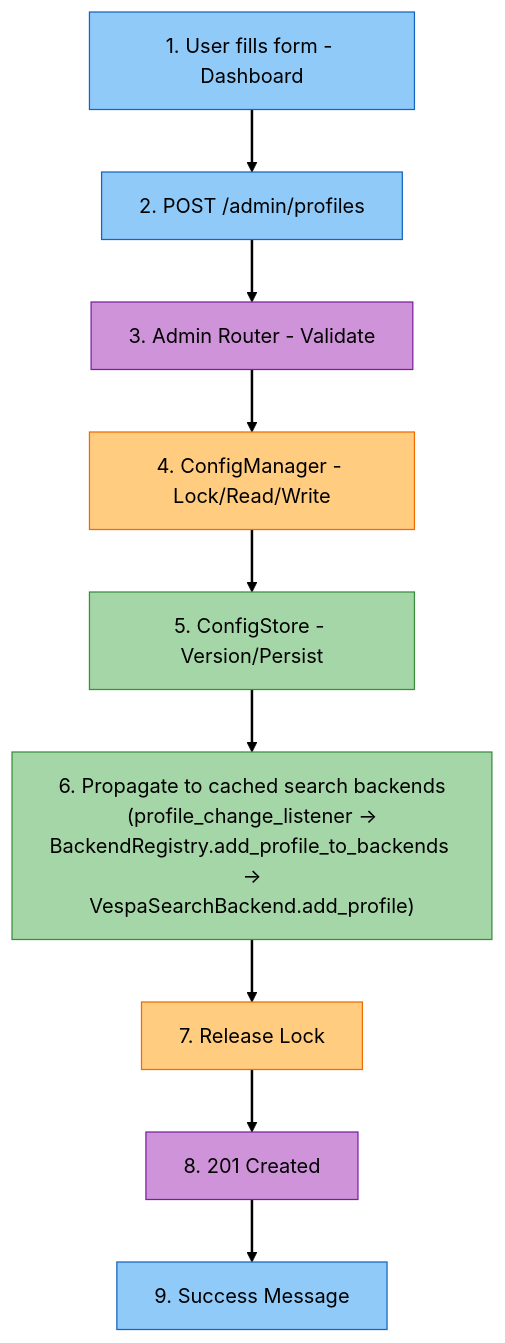
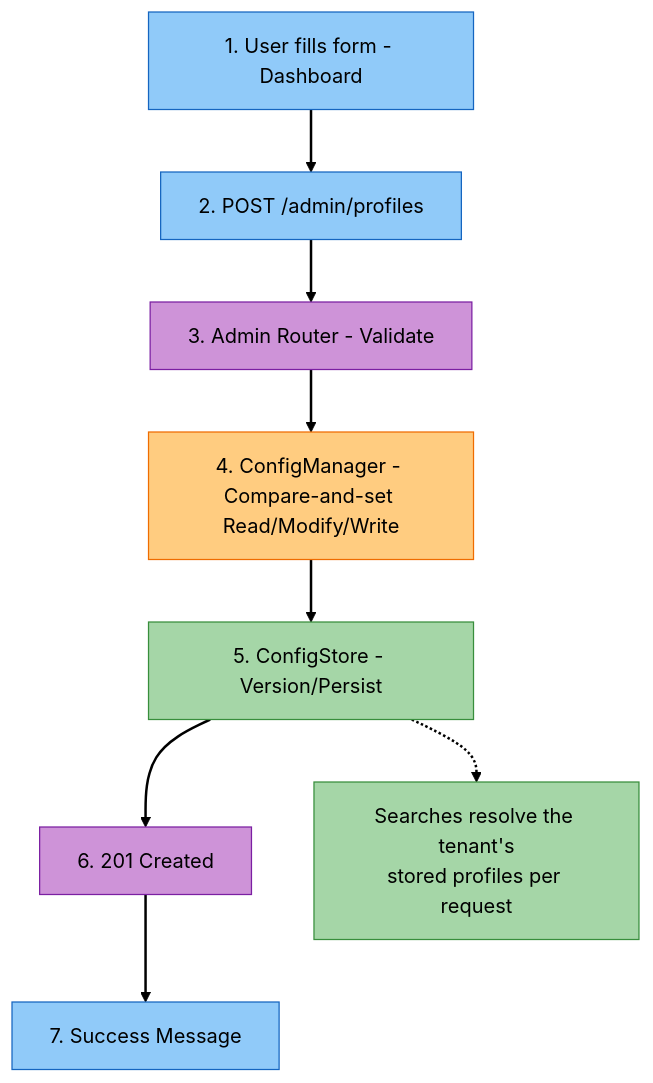
Before and after one commit to amit-jain/cogniverse: the second of 4 diagrams in docs/architecture/dynamic-profiles.md, drawn with Mermaid (base theme). The commit also changed other lines of this file and 25 other files, not shown here.

````diff
--- a/docs/architecture/dynamic-profiles.md
+++ b/docs/architecture/dynamic-profiles.md
@@ -447,33 +446,30 @@
 ```mermaid
 flowchart TB
     User["<span style='color:#000'>1. User fills form - Dashboard</span>"]
     API["<span style='color:#000'>2. POST /admin/profiles</span>"]
     Router["<span style='color:#000'>3. Admin Router - Validate</span>"]
-    ConfigMgr["<span style='color:#000'>4. ConfigManager - Lock/Read/Write</span>"]
+    ConfigMgr["<span style='color:#000'>4. ConfigManager - Compare-and-set Read/Modify/Write</span>"]
     Store["<span style='color:#000'>5. ConfigStore - Version/Persist</span>"]
-    Propagate["<span style='color:#000'>6. Propagate to cached search backends<br/>(profile_change_listener →<br/>BackendRegistry.add_profile_to_backends →<br/>VespaSearchBackend.add_profile)</span>"]
-    Release["<span style='color:#000'>7. Release Lock</span>"]
-    Response["<span style='color:#000'>8. 201 Created</span>"]
-    Success["<span style='color:#000'>9. Success Message</span>"]
+    Response["<span style='color:#000'>6. 201 Created</span>"]
+    Success["<span style='color:#000'>7. Success Message</span>"]
+    Search["<span style='color:#000'>Searches resolve the tenant's<br/>stored profiles per request</span>"]
 
     User --> API
     API --> Router
     Router --> ConfigMgr
     ConfigMgr --> Store
-    Store --> Propagate
-    Propagate --> Release
-    Release --> Response
+    Store --> Response
     Response --> Success
+    Store -.-> Search
 
     style User fill:#90caf9,stroke:#1565c0,color:#000
     style API fill:#90caf9,stroke:#1565c0,color:#000
     style Router fill:#ce93d8,stroke:#7b1fa2,color:#000
     style ConfigMgr fill:#ffcc80,stroke:#ef6c00,color:#000
     style Store fill:#a5d6a7,stroke:#388e3c,color:#000
-    style Propagate fill:#a5d6a7,stroke:#388e3c,color:#000
-    style Release fill:#ffcc80,stroke:#ef6c00,color:#000
     style Response fill:#ce93d8,stroke:#7b1fa2,color:#000
     style Success fill:#90caf9,stroke:#1565c0,color:#000
+    style Search fill:#a5d6a7,stroke:#388e3c,color:#000
 
-    linkStyle 0,1,2,3,4,5,6,7 stroke:#000,stroke-width:2px
+    linkStyle 0,1,2,3,4,5,6 stroke:#000,stroke-width:2px
 ```
````
